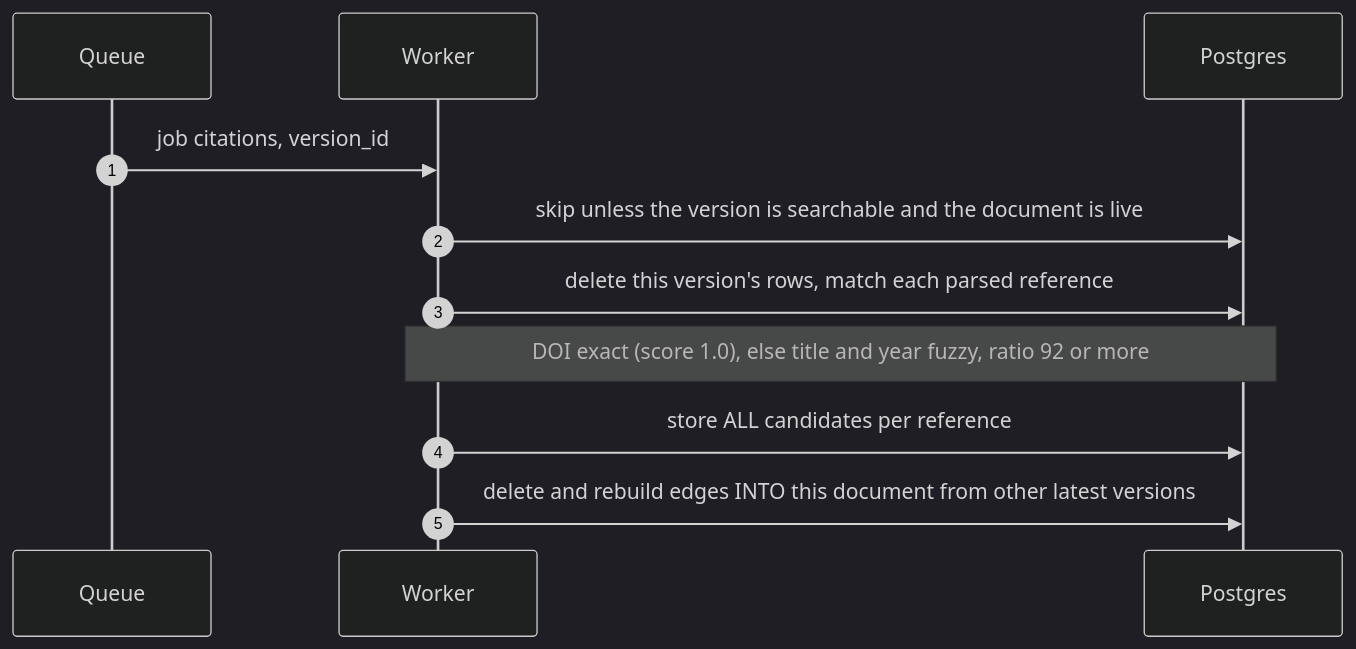
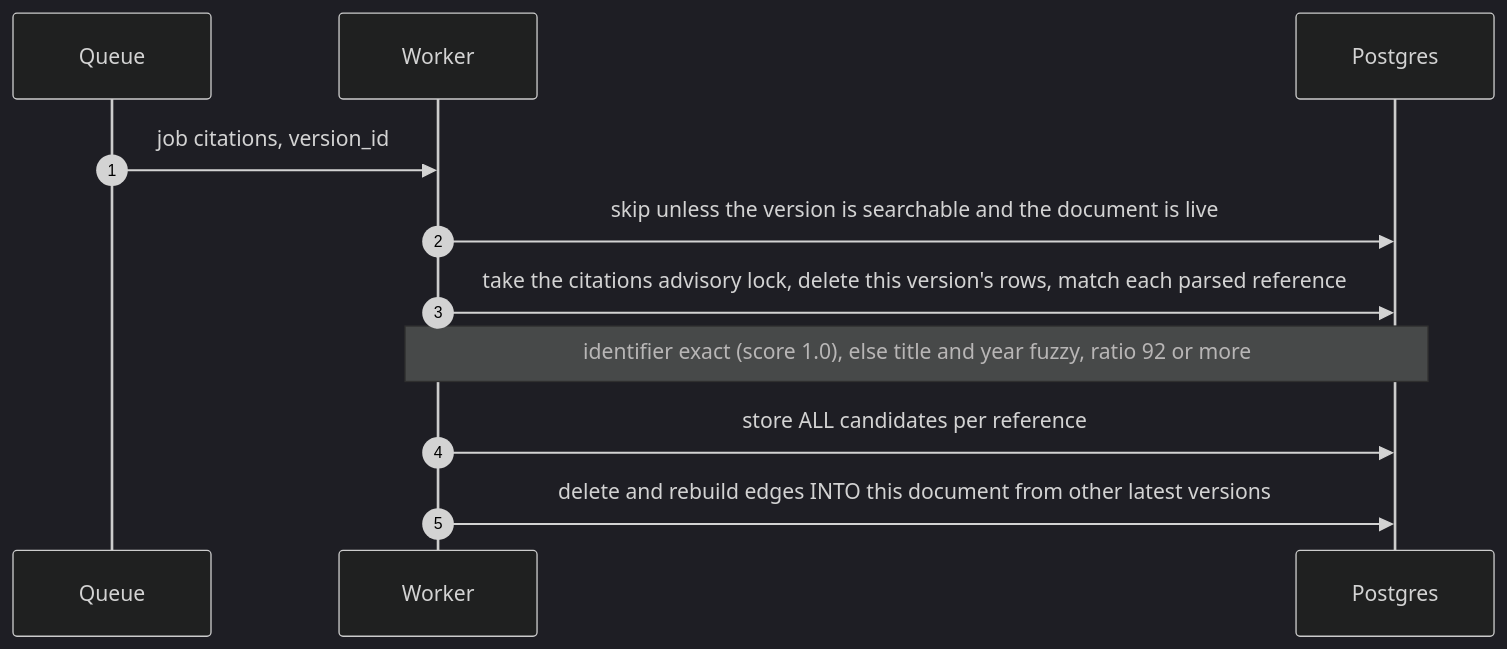
Diagram 11 of 12 in docs/architecture/ingest.md (sgtslaughta/roracle), drawn with Mermaid (dark theme) before and after one commit. The commit also changed other lines of this file and 5 other files, not shown here.

````diff
--- a/docs/architecture/ingest.md
+++ b/docs/architecture/ingest.md
@@ -363,13 +366,13 @@
 ```mermaid
 sequenceDiagram
   autonumber
   participant Q as Queue
   participant W as Worker
   participant P as Postgres
   Q->>W: job citations, version_id
   W->>P: skip unless the version is searchable and the document is live
-  W->>P: delete this version's rows, match each parsed reference
-  Note over W,P: DOI exact (score 1.0), else title and year fuzzy, ratio 92 or more
+  W->>P: take the citations advisory lock, delete this version's rows, match each parsed reference
+  Note over W,P: identifier exact (score 1.0), else title and year fuzzy, ratio 92 or more
   W->>P: store ALL candidates per reference
   W->>P: delete and rebuild edges INTO this document from other latest versions
 ```
````
